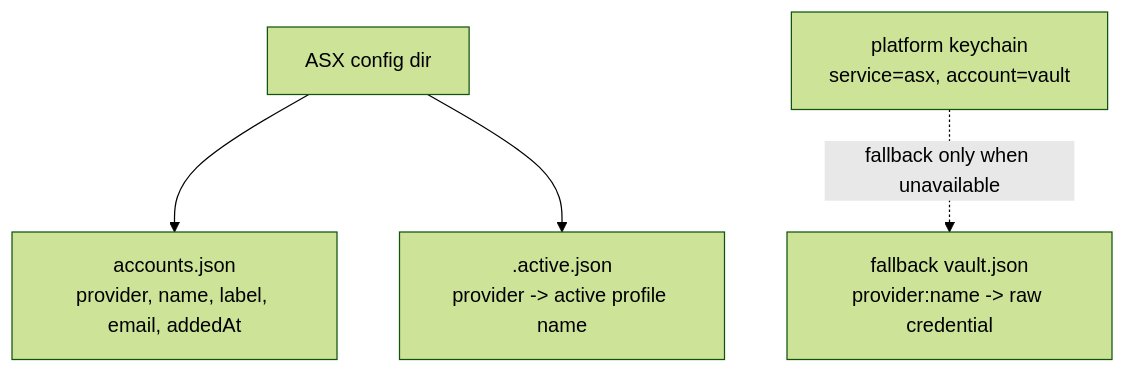
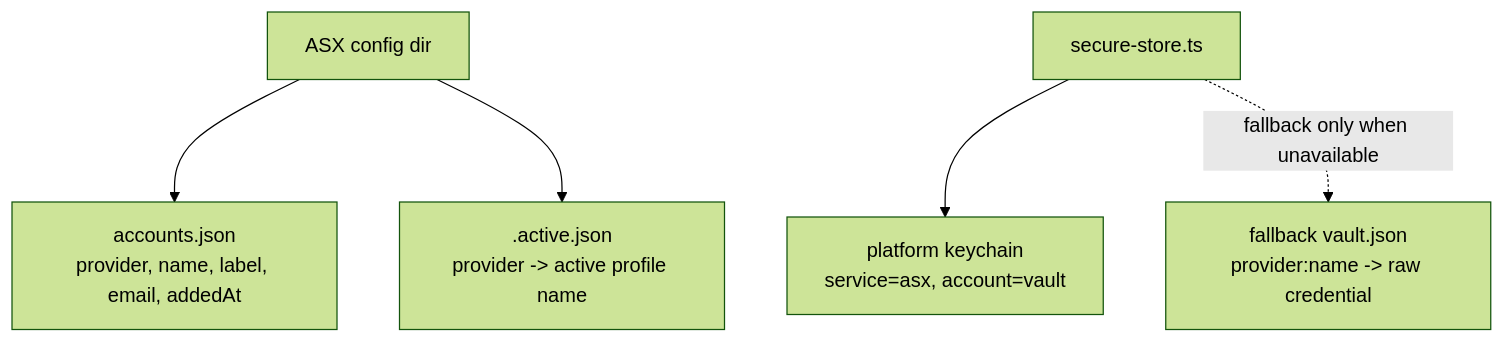
Before and after one commit to enif-lee/asx: the fourth of 9 diagrams in ARCHITECTURE.md, drawn with Mermaid (forest theme). The commit also changed other lines of this file and 1 other file, not shown here.

Commit message:
docs: clarify vault and provider state

````diff
--- a/ARCHITECTURE.md
+++ b/ARCHITECTURE.md
@@ -98,12 +98,14 @@
 ```mermaid
 flowchart TD
   Config["ASX config dir"]
   Accounts["accounts.json<br/>provider, name, label, email, addedAt"]
   Active[".active.json<br/>provider -> active profile name"]
+  SecureStore["secure-store.ts"]
   Keychain["platform keychain<br/>service=asx, account=vault"]
   VaultFile["fallback vault.json<br/>provider:name -> raw credential"]
 
   Config --> Accounts
   Config --> Active
-  Keychain -. "fallback only when unavailable" .-> VaultFile
+  SecureStore --> Keychain
+  SecureStore -. "fallback only when unavailable" .-> VaultFile
 ```
````
